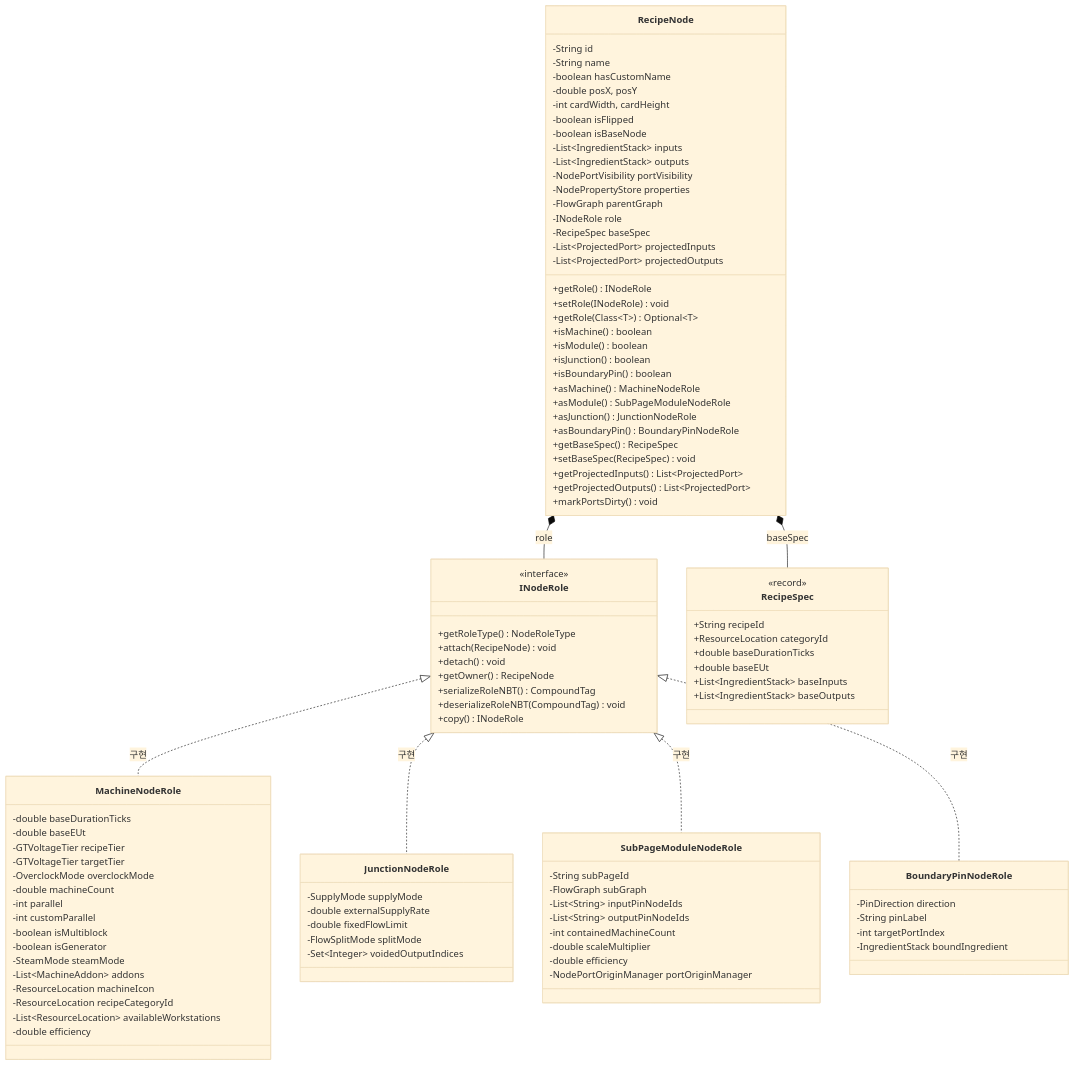
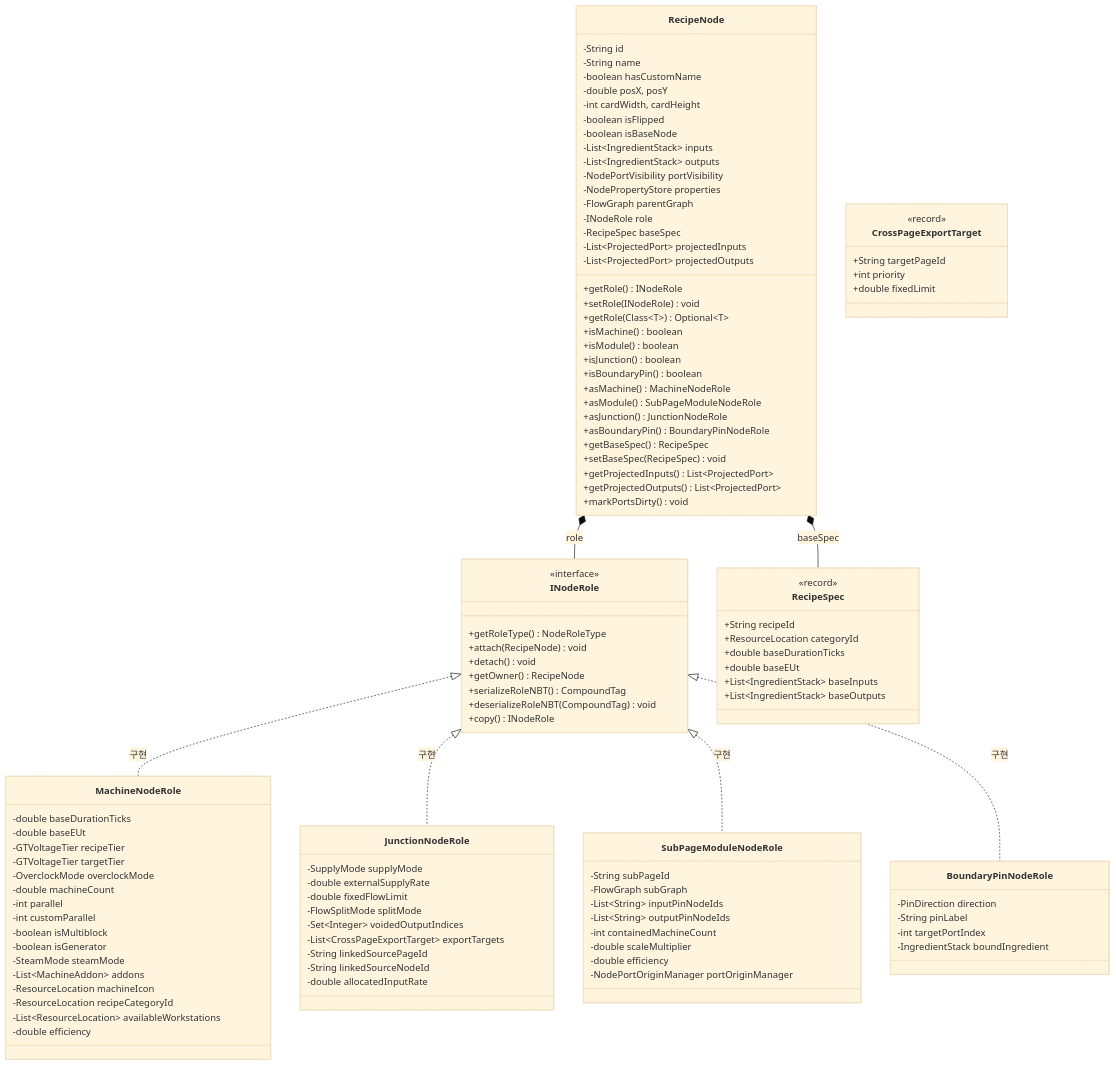
One commit to Amvermain/GregTechCalculatorBoard changed the first of 3 diagrams in docs/ko_kr/spec/01_CORE_DOMAIN_AND_MODELS.md. Above: the diagram before and after it, drawn with Mermaid (base theme). The commit also changed other lines of this file and 212 other files, not shown here.

```diff
--- a/docs/ko_kr/spec/01_CORE_DOMAIN_AND_MODELS.md
+++ b/docs/ko_kr/spec/01_CORE_DOMAIN_AND_MODELS.md
@@ -123,6 +123,17 @@
         -double fixedFlowLimit
         -FlowSplitMode splitMode
         -Set~Integer~ voidedOutputIndices
+        -List~CrossPageExportTarget~ exportTargets
+        -String linkedSourcePageId
+        -String linkedSourceNodeId
+        -double allocatedInputRate
+    }
+
+    class CrossPageExportTarget {
+        <<record>>
+        +String targetPageId
+        +int priority
+        +double fixedLimit
     }
 
     class SubPageModuleNodeRole {
```
